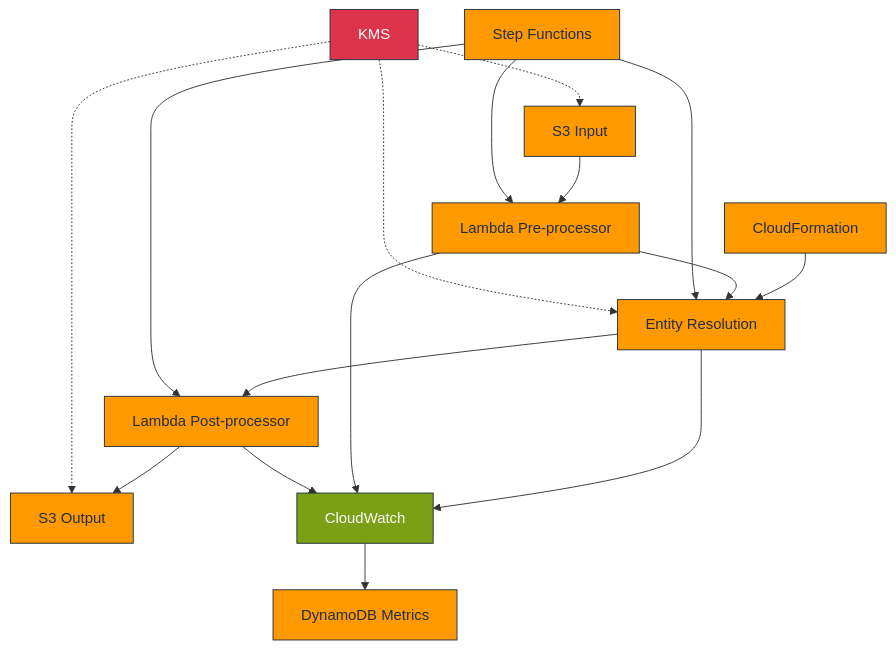
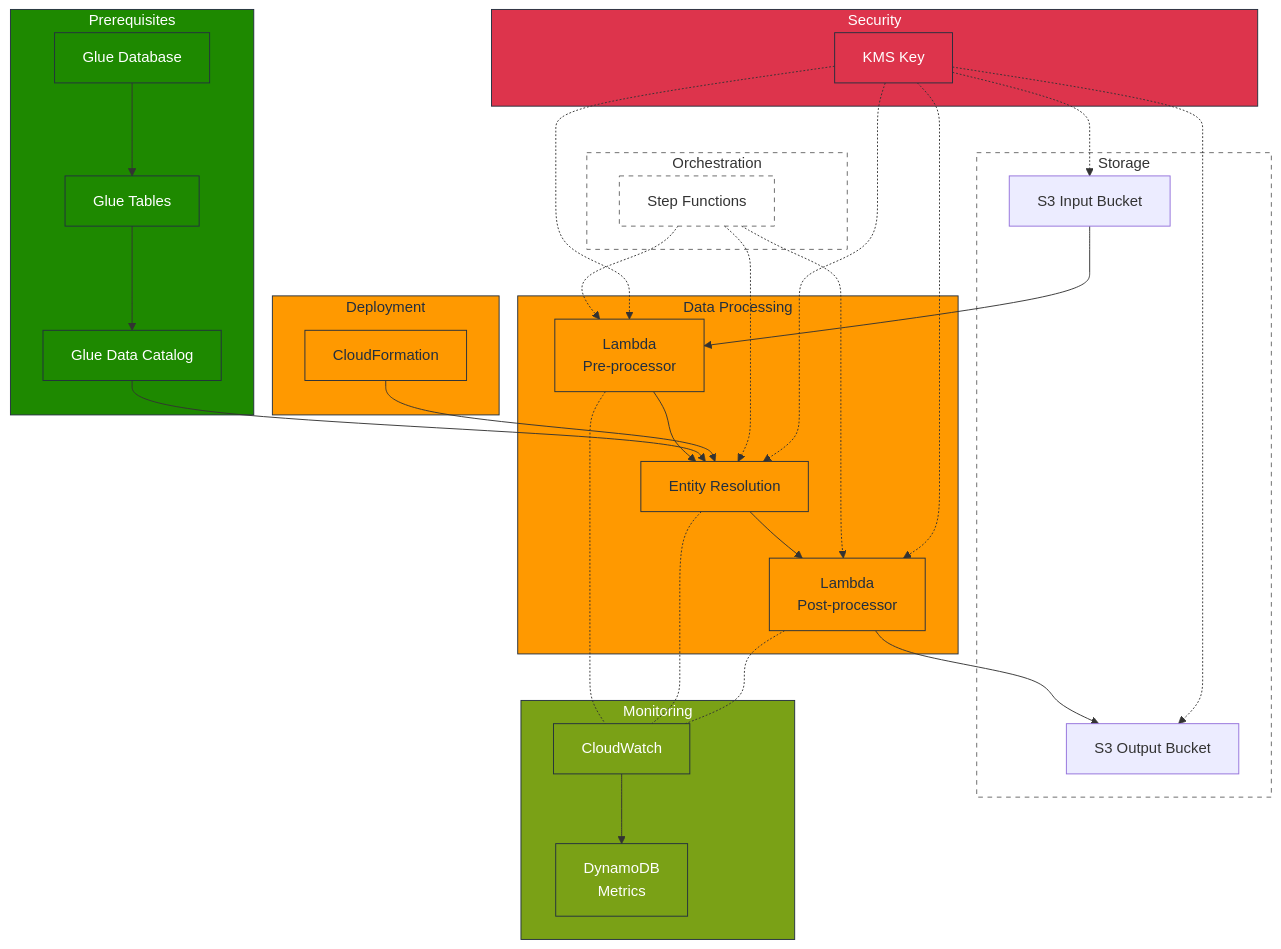
The second of 2 diagrams in docs/technical-guide.md (hughy603/aws-entityresolution2), drawn with Mermaid before and after one commit. The commit also changed other lines of this file and 10 other files, not shown here.

````diff
--- a/docs/technical-guide.md
+++ b/docs/technical-guide.md
@@ -85,34 +116,69 @@
 ```mermaid
 flowchart TD
-    %% Core Components
-    CF[CloudFormation] --> ER[Entity Resolution]
-    S3I[S3 Input] --> L1[Lambda Pre-processor]
-    L1 --> ER
-    ER --> L2[Lambda Post-processor]
-    L2 --> S3O[S3 Output]
+    %% Prerequisites Layer
+    subgraph Prerequisites["Prerequisites"]
+        GD["Glue Database"] --> GT["Glue Tables"] --> GDC["Glue Data Catalog"]
+    end
 
-    %% Orchestration
-    SF[Step Functions] ---> L1
-    SF ---> ER
-    SF ---> L2
+    %% Deployment Layer
+    subgraph Deployment["Deployment"]
+        CF["CloudFormation"]
+    end
 
-    %% Monitoring & Analytics
-    ER --> CW[CloudWatch]
-    L1 --> CW
-    L2 --> CW
-    CW --> DB[DynamoDB Metrics]
+    %% Processing Layer
+    subgraph Processing["Data Processing"]
+        L1["Lambda<br>Pre-processor"]
+        ER["Entity Resolution"]
+        L2["Lambda<br>Post-processor"]
+    end
 
-    %% Security
-    KMS[KMS] -.-> S3I
-    KMS -.-> S3O
-    KMS -.-> ER
+    %% Storage Layer
+    subgraph Storage["Storage"]
+        S3I["S3 Input Bucket"]
+        S3O["S3 Output Bucket"]
+    end
+
+    %% Orchestration Layer
+    subgraph Orchestration["Orchestration"]
+        SF["Step Functions"]
+    end
+
+    %% Monitoring Layer
+    subgraph Monitoring["Monitoring"]
+        CW["CloudWatch"]
+        DB["DynamoDB<br>Metrics"]
+    end
+
+    %% Security Layer
+    subgraph Security["Security"]
+        KMS["KMS Key"]
+    end
+
+    %% Main flow
+    S3I --> L1 --> ER --> L2 --> S3O
+    GDC --> ER
+    CF --> ER
+
+    %% Orchestration flow
+    SF -.-> L1 & ER & L2
+
+    %% Monitoring connections
+    L1 & ER & L2 -.- CW
+    CW --> DB
+
+    %% Security connections
+    KMS -.-> S3I & S3O & ER & L1 & L2
 
     %% Classification
     classDef aws fill:#FF9900,stroke:#232F3E,color:#232F3E
+    classDef prereq fill:#1E8900,stroke:#232F3E,color:white
     classDef security fill:#DD344C,stroke:#232F3E,color:white
     classDef monitoring fill:#7AA116,stroke:#232F3E,color:white
+    classDef layer fill:none,stroke:#666,stroke-dasharray: 5 5
 
-    class CF,ER,S3I,S3O,L1,L2,SF,DB aws
-    class KMS security
-    class CW monitoring
+    class CF,Deployment,ER,L1,L2,Processing aws
+    class GD,GT,GDC,Prerequisites prereq
+    class KMS,Security security
+    class CW,DB,Monitoring monitoring
+    class SF,Orchestration,Storage layer
 ```
````
